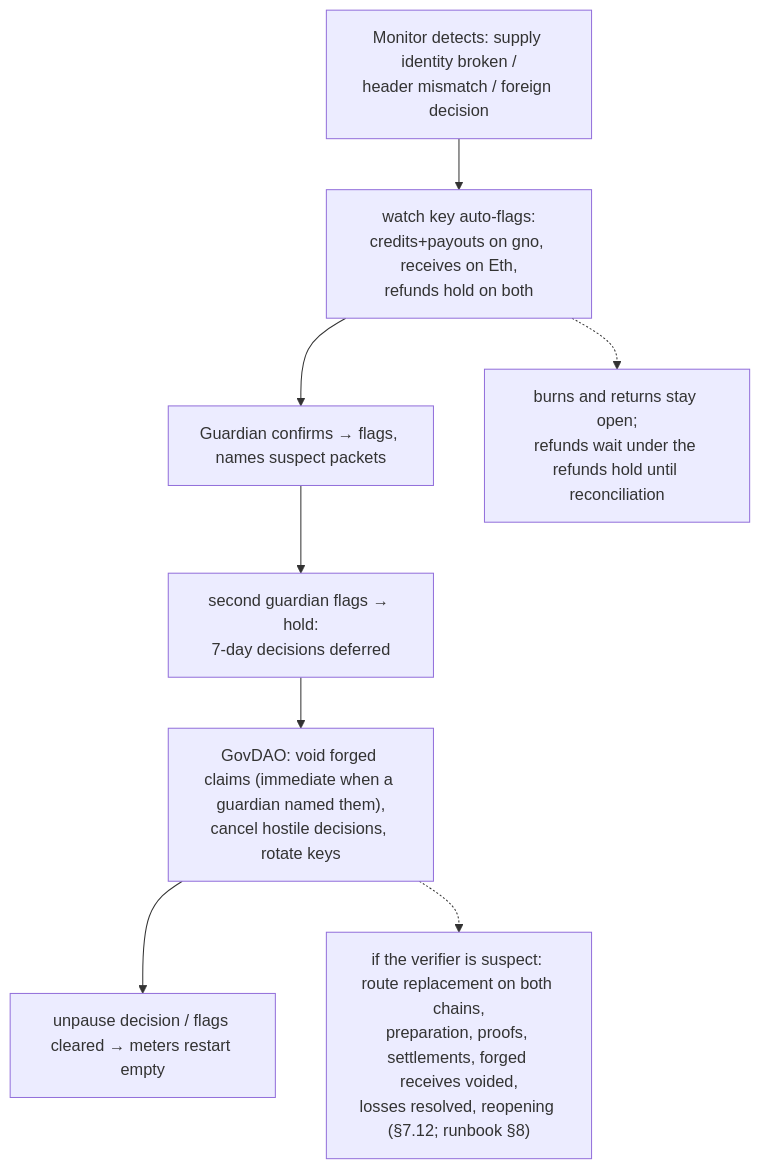
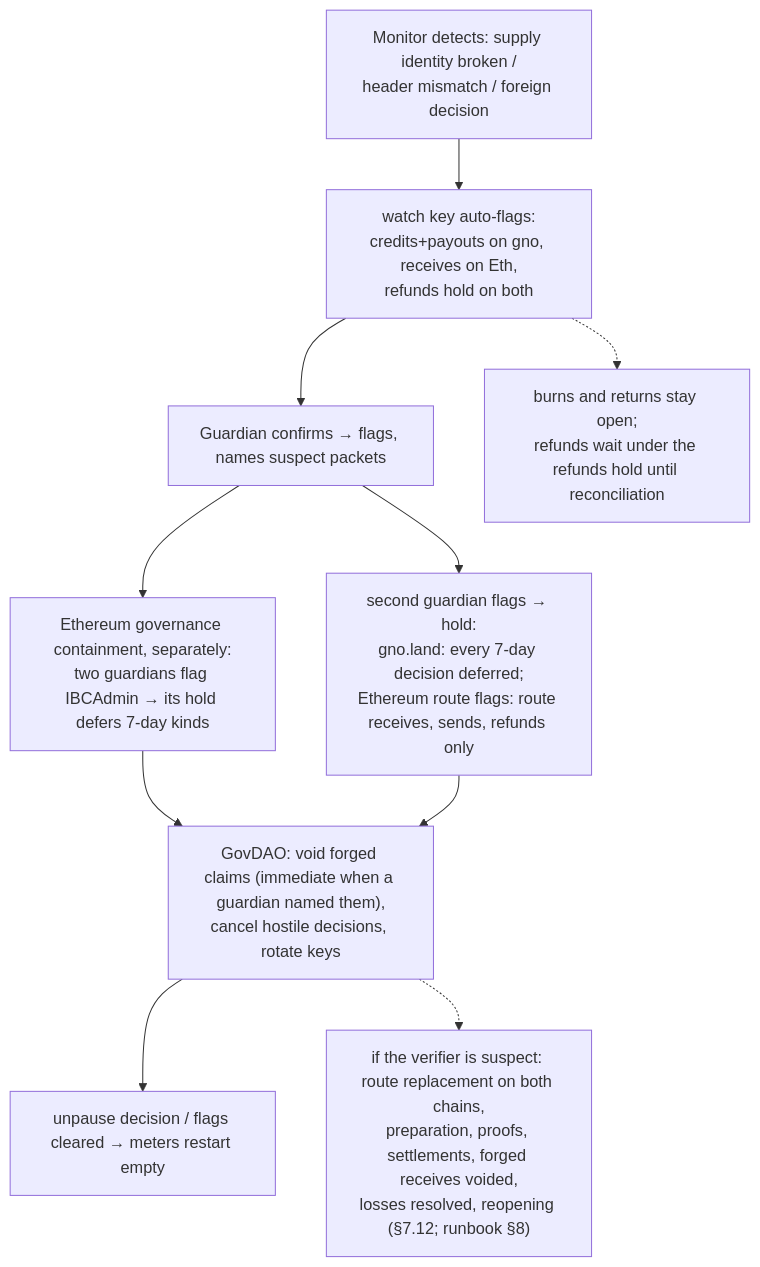
Diagram 12 of 13 in gno.land/adr/pr6375_ibc_ethereum.md (gnolang/gno), drawn with Mermaid before and after one commit. The commit also changed other lines of this file, not shown here.

First line of the commit message:
docs(adr): fold the fifth review of the Ethereum IBC ADR alignment

````diff
--- a/gno.land/adr/pr6375_ibc_ethereum.md
+++ b/gno.land/adr/pr6375_ibc_ethereum.md
@@ -774,10 +776,12 @@
 ```mermaid
 flowchart TD
   DET[Monitor detects: supply identity broken /<br/>header mismatch / foreign decision] --> AUTO[watch key auto-flags:<br/>credits+payouts on gno, receives on Eth,<br/>refunds hold on both]
   AUTO --> G1[Guardian confirms → flags, names suspect packets]
-  G1 --> H[second guardian flags → hold:<br/>7-day decisions deferred]
+  G1 --> H["second guardian flags → hold:<br/>gno.land: every 7-day decision deferred;<br/>Ethereum route flags: route receives, sends, refunds only"]
+  G1 --> HA["Ethereum governance containment, separately:<br/>two guardians flag IBCAdmin → its hold defers 7-day kinds"]
+  HA --> GOV
   H --> GOV["GovDAO: void forged claims (immediate when a guardian named them),<br/>cancel hostile decisions, rotate keys"]
   GOV --> UNP[unpause decision / flags cleared → meters restart empty]
   AUTO -.-> EXIT[burns and returns stay open;<br/>refunds wait under the refunds hold until reconciliation]
   GOV -.-> REPL["if the verifier is suspect: route replacement on both chains,<br/>preparation, proofs, settlements, forged receives voided,<br/>losses resolved, reopening (§7.12; runbook §8)"]
 ```
````
